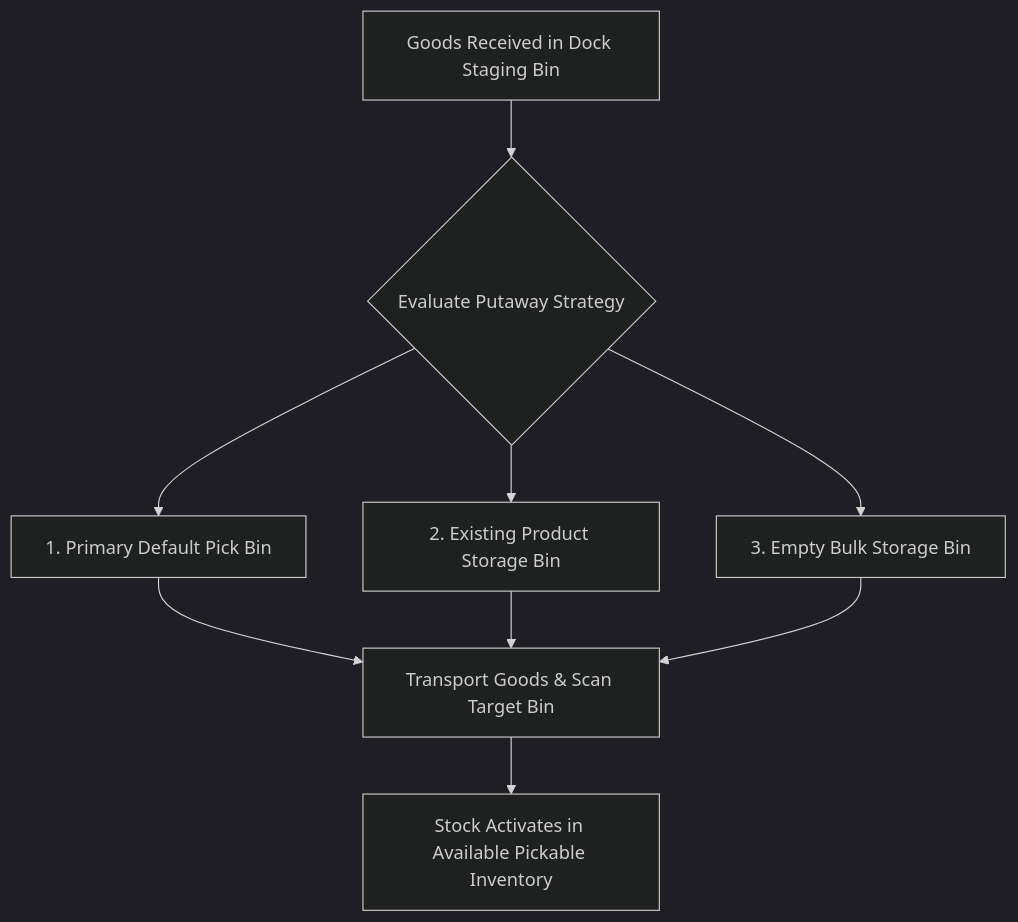
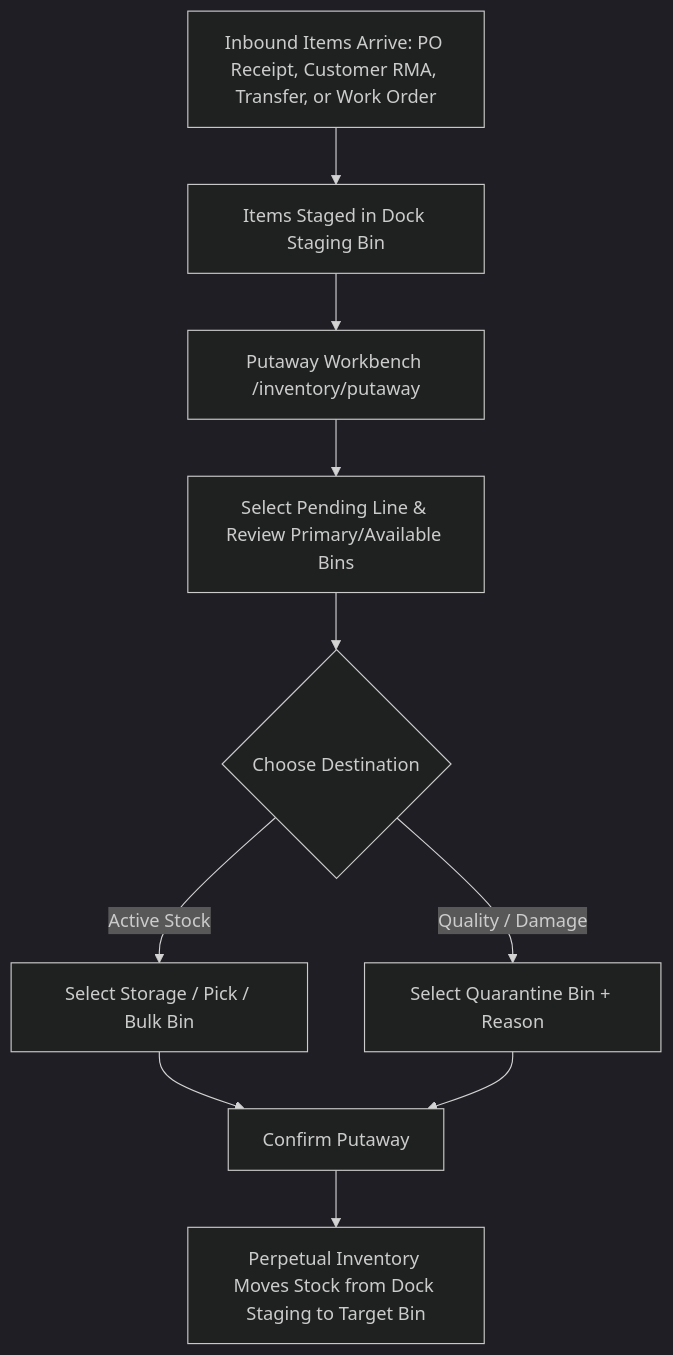
Before and after one commit to herobmdotcom/herobm: the diagram in docs/user/putaway.md, drawn with Mermaid (dark theme). The commit also changed other lines of this file and 22 other files, not shown here.

````diff
--- a/docs/user/putaway.md
+++ b/docs/user/putaway.md
@@ -40,9 +43,11 @@
 ```mermaid
 flowchart TD
-    A[Goods Received in Dock Staging Bin] --> B{Evaluate Putaway Strategy}
-    B --> C[1. Primary Default Pick Bin]
-    B --> D[2. Existing Product Storage Bin]
-    B --> E[3. Empty Bulk Storage Bin]
-    C & D & E --> F[Transport Goods & Scan Target Bin]
-    F --> G[Stock Activates in Available Pickable Inventory]
+    A[Inbound Items Arrive: PO Receipt, Customer RMA, Transfer, or Work Order] --> B[Items Staged in Dock Staging Bin]
+    B --> C[Putaway Workbench /inventory/putaway]
+    C --> D[Select Pending Line & Review Primary/Available Bins]
+    D --> E{Choose Destination}
+    E -->|Active Stock| F[Select Storage / Pick / Bulk Bin]
+    E -->|Quality / Damage| G[Select Quarantine Bin + Reason]
+    F & G --> H[Confirm Putaway]
+    H --> I[Perpetual Inventory Moves Stock from Dock Staging to Target Bin]
 ```
````
